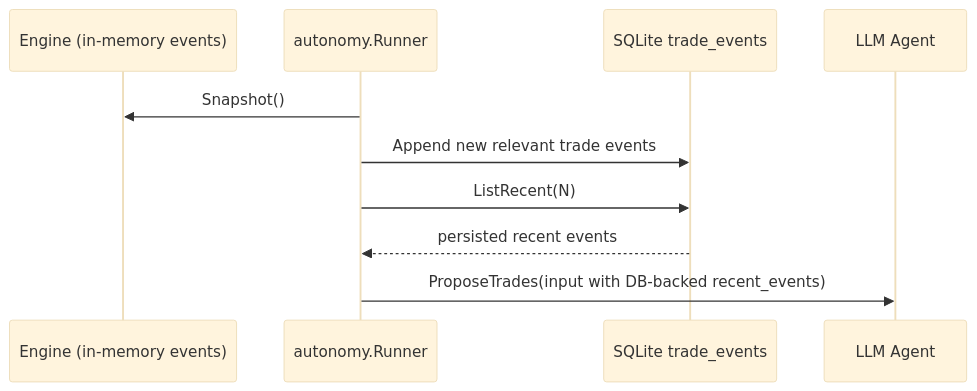
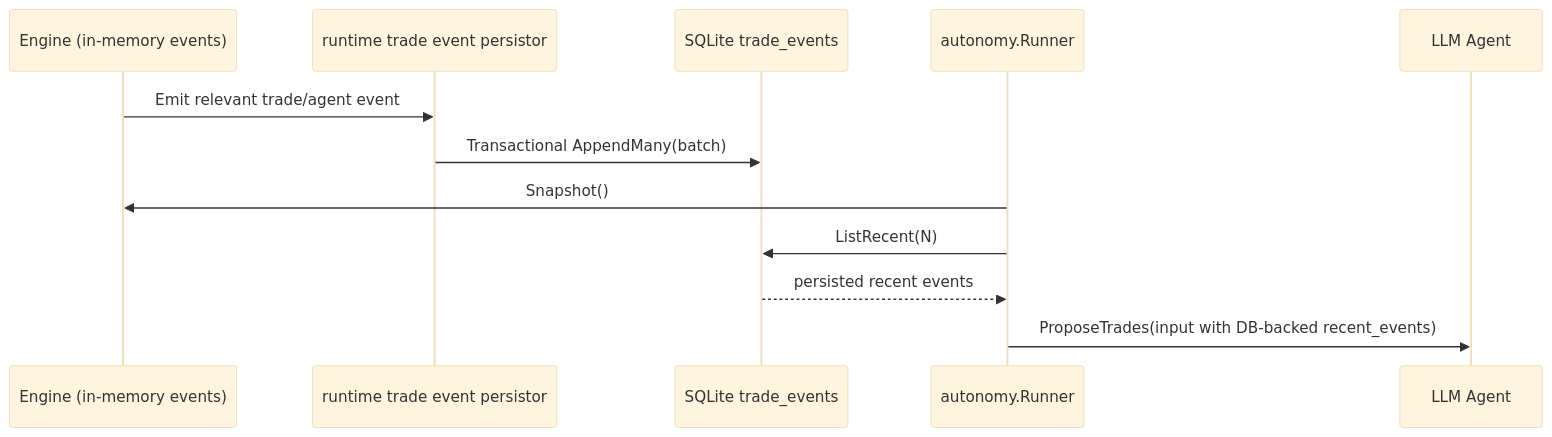
Before and after one commit to nerdstep/helix-tui: the fifth of 6 diagrams in docs/architecture.md, drawn with Mermaid (base theme). The commit also changed other lines of this file and 19 other files, not shown here.

````diff
--- a/docs/architecture.md
+++ b/docs/architecture.md
@@ -136,13 +141,15 @@
 ```mermaid
 sequenceDiagram
     participant E as Engine (in-memory events)
+    participant P as runtime trade event persistor
+    participant DB as SQLite trade_events
     participant R as autonomy.Runner
-    participant DB as SQLite trade_events
     participant L as LLM Agent
 
+    E->>P: Emit relevant trade/agent event
+    P->>DB: Transactional AppendMany(batch)
     R->>E: Snapshot()
-    R->>DB: Append new relevant trade events
     R->>DB: ListRecent(N)
     DB-->>R: persisted recent events
     R->>L: ProposeTrades(input with DB-backed recent_events)
 ```
````
